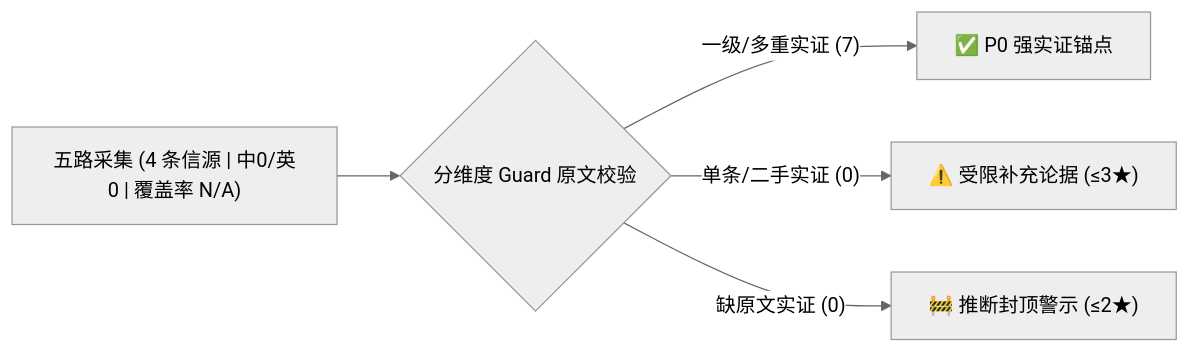
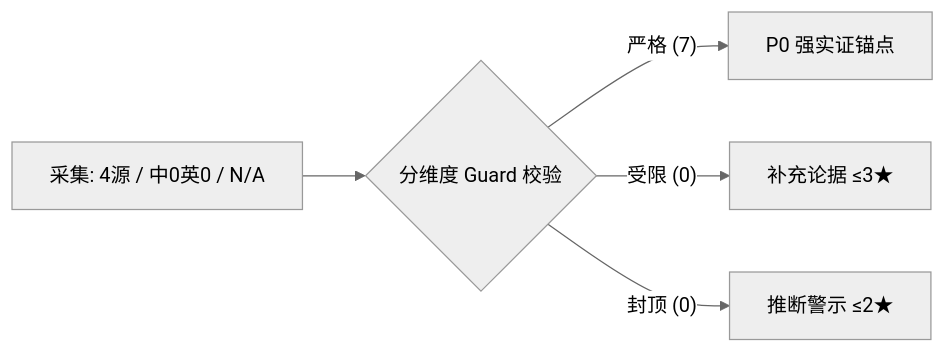
Before and after one commit to az1615962561-crypto/ai-harness-analyzer: the second of 6 diagrams in reports/perplexity.md, drawn with Mermaid (neutral theme). The commit also changed other lines of this file and 17 other files, not shown here.

Commit message:
Fix Mermaid xychart-beta layout: compact unquoted axis labels & Y-axis headroom

````diff
--- a/reports/perplexity.md
+++ b/reports/perplexity.md
@@ -75,7 +75,7 @@
 ```mermaid
 flowchart LR
-    Collect["五路采集 (4 条信源 | 中0/英0 | 覆盖率 N/A)"] --> Guard{"分维度 Guard 原文校验"}
-    Guard -- "一级/多重实证 (7)" --> Core["✅ P0 强实证锚点"]
-    Guard -- "单条/二手实证 (0)" --> Mod["⚠️ 受限补充论据 (≤3★)"]
-    Guard -- "缺原文实证 (0)" --> Warn["🚧 推断封顶警示 (≤2★)"]
+    Collect["采集: 4源 / 中0英0 / N/A"] --> Guard{"分维度 Guard 校验"}
+    Guard -- "严格 (7)" --> Core["P0 强实证锚点"]
+    Guard -- "受限 (0)" --> Mod["补充论据 ≤3★"]
+    Guard -- "封顶 (0)" --> Warn["推断警示 ≤2★"]
 ```
````
